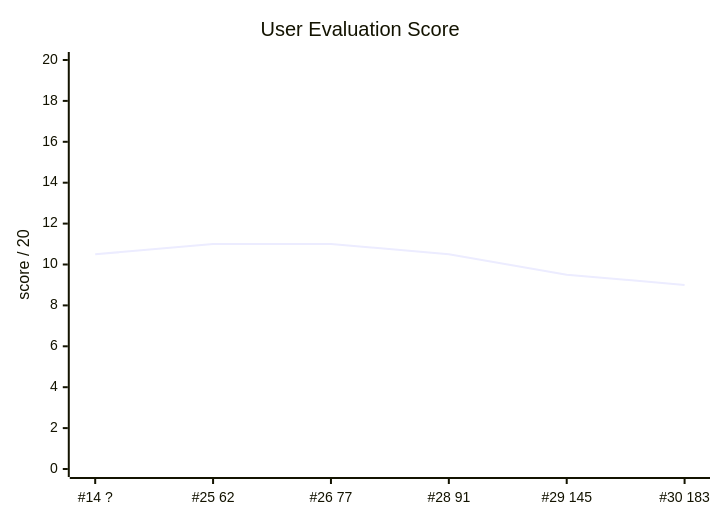
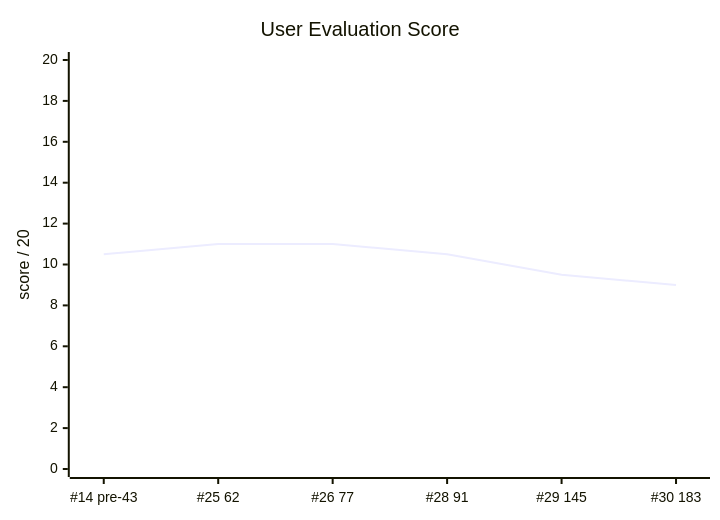
One commit to softkleenex/2026_nypc changed the third of 6 diagrams in README.md. Above: the diagram before and after it, drawn with Mermaid. The commit also changed other lines of this file, not shown here.

Commit message:
Add user evaluation percentile graph

````diff
--- a/README.md
+++ b/README.md
@@ -49,7 +57,7 @@
 ```mermaid
 xychart-beta
     title "User Evaluation Score"
-    x-axis ["#14 ?", "#25 62", "#26 77", "#28 91", "#29 145", "#30 183"]
+    x-axis ["#14 pre-43", "#25 62", "#26 77", "#28 91", "#29 145", "#30 183"]
     y-axis "score / 20" 0 --> 20
     line [10.5, 11.0, 11.0, 10.5, 9.5, 9.0]
 ```
````
